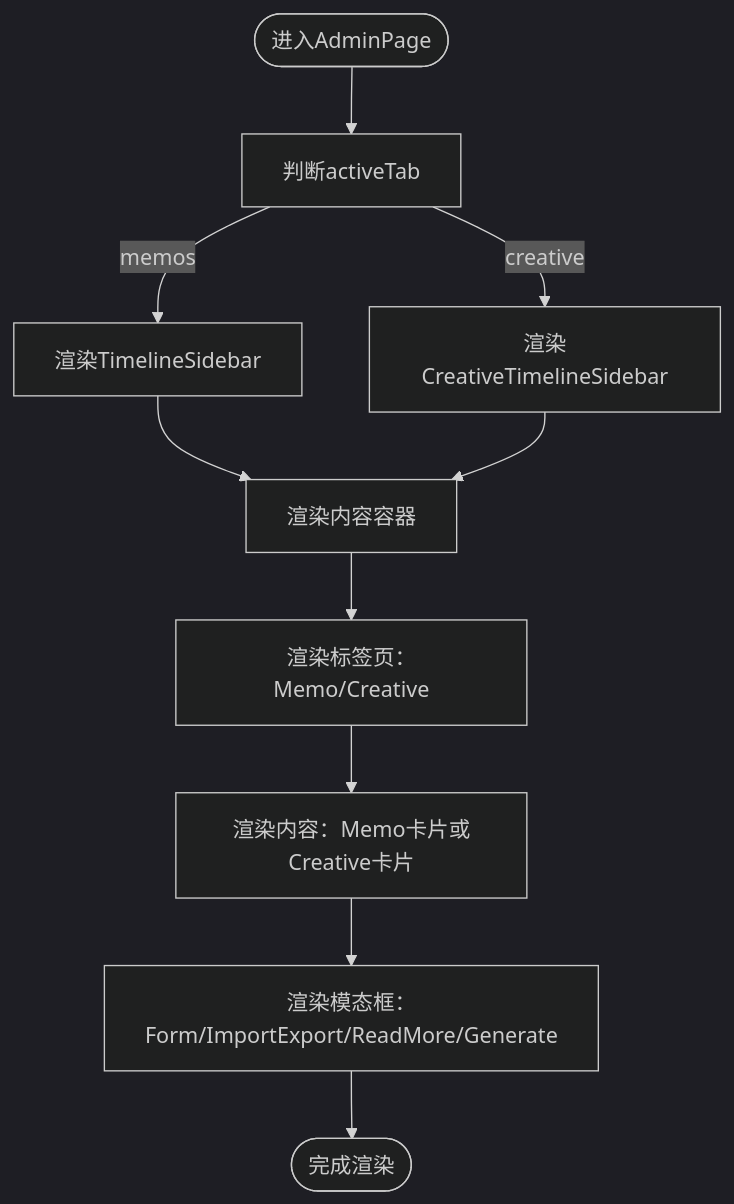
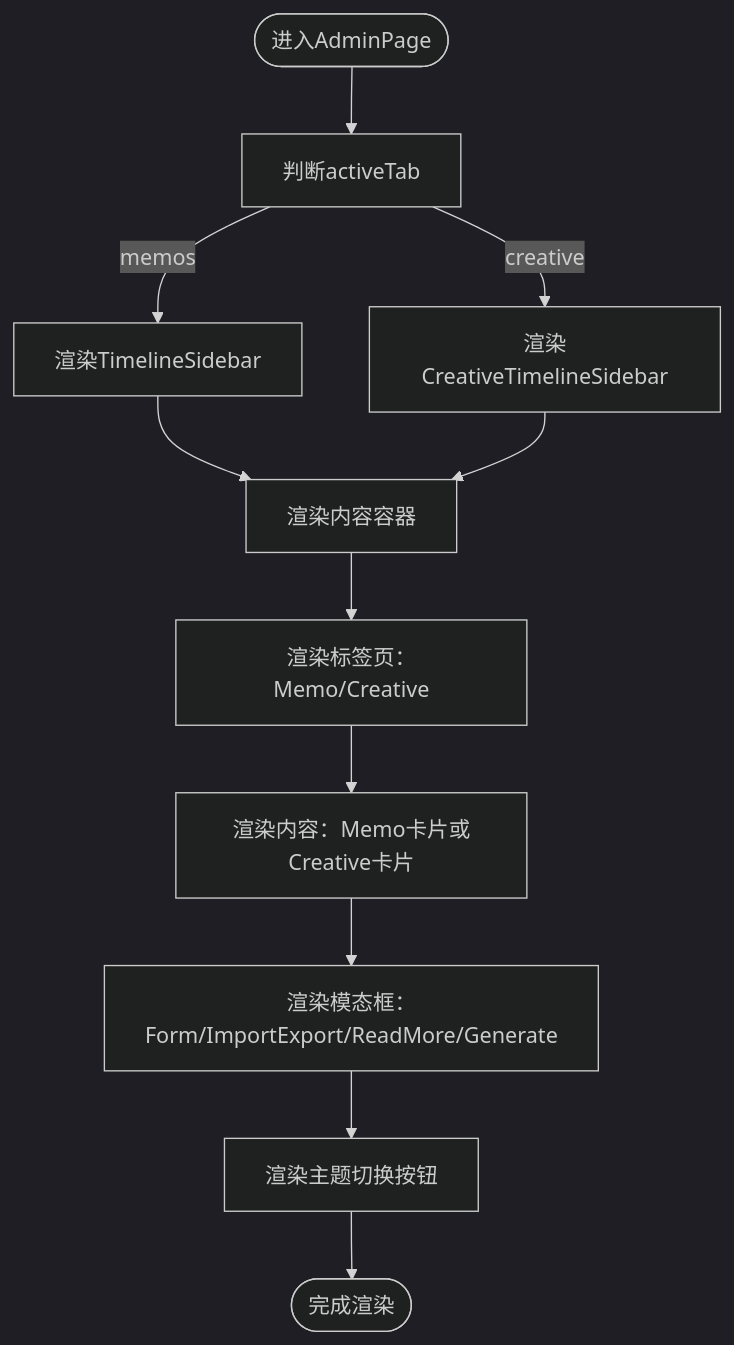
The fourth of 17 diagrams in .qoder/repowiki/zh/content/前端应用/Admin管理界面/Admin管理界面.md (BlackBoxRecorder/memos), drawn with Mermaid (dark theme) before and after one commit. The commit also changed other lines of this file and 30 other files, not shown here.

````diff
--- a/.qoder/repowiki/zh/content/前端应用/Admin管理界面/Admin管理界面.md
+++ b/.qoder/repowiki/zh/content/前端应用/Admin管理界面/Admin管理界面.md
@@ -199,12 +221,13 @@
 ```mermaid
 flowchart TD
 Start(["进入AdminPage"]) --> CheckTab["判断activeTab"]
 CheckTab --> |memos| RenderTimeline["渲染TimelineSidebar"]
 CheckTab --> |creative| RenderCreativeTimeline["渲染CreativeTimelineSidebar"]
 RenderTimeline --> RenderContainer["渲染内容容器"]
 RenderCreativeTimeline --> RenderContainer
 RenderContainer --> RenderTabs["渲染标签页：Memo/Creative"]
 RenderTabs --> RenderContent["渲染内容：Memo卡片或Creative卡片"]
 RenderContent --> RenderModals["渲染模态框：Form/ImportExport/ReadMore/Generate"]
-RenderModals --> End(["完成渲染"])
+RenderModals --> RenderThemeToggle["渲染主题切换按钮"]
+RenderThemeToggle --> End(["完成渲染"])
 ```
````
